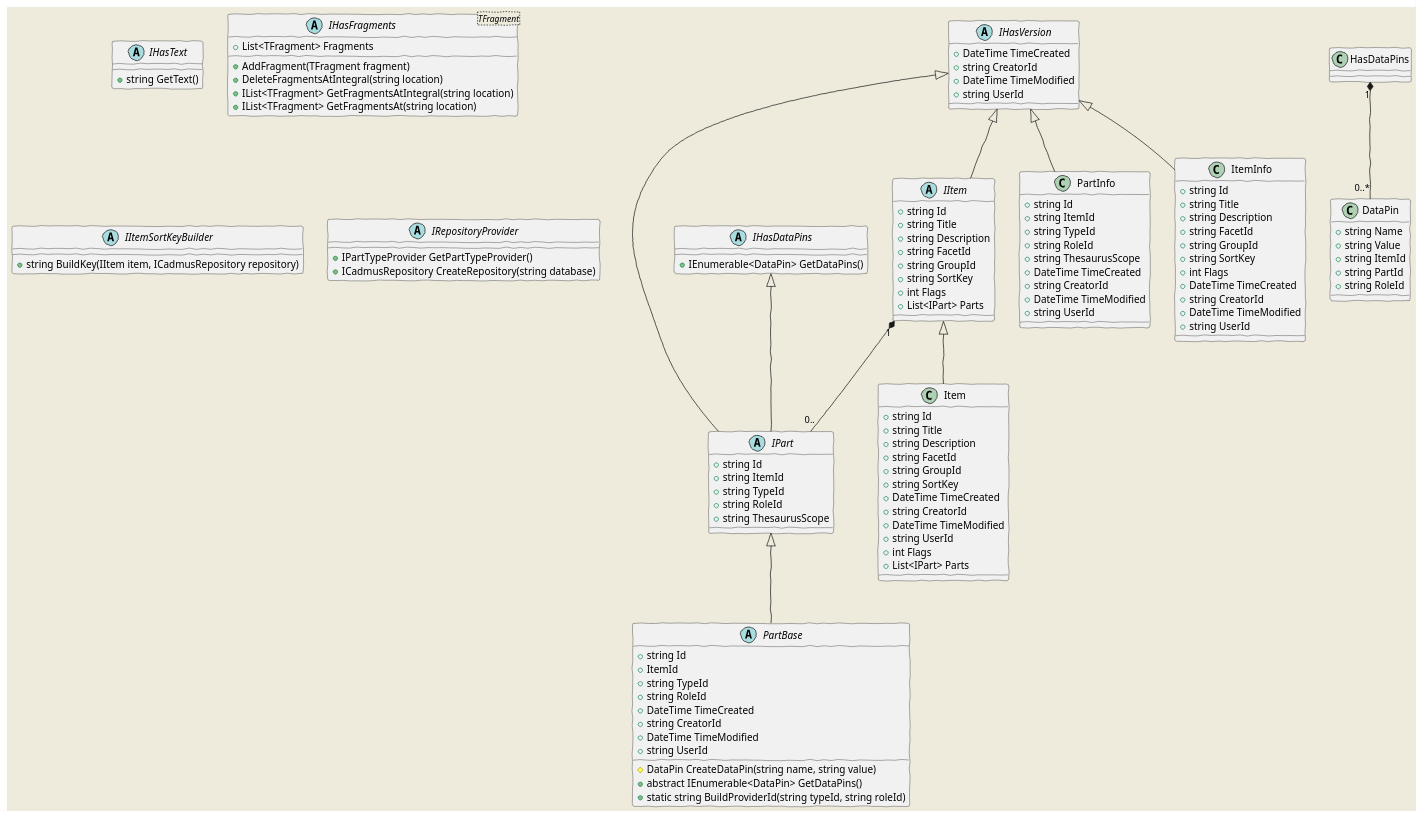
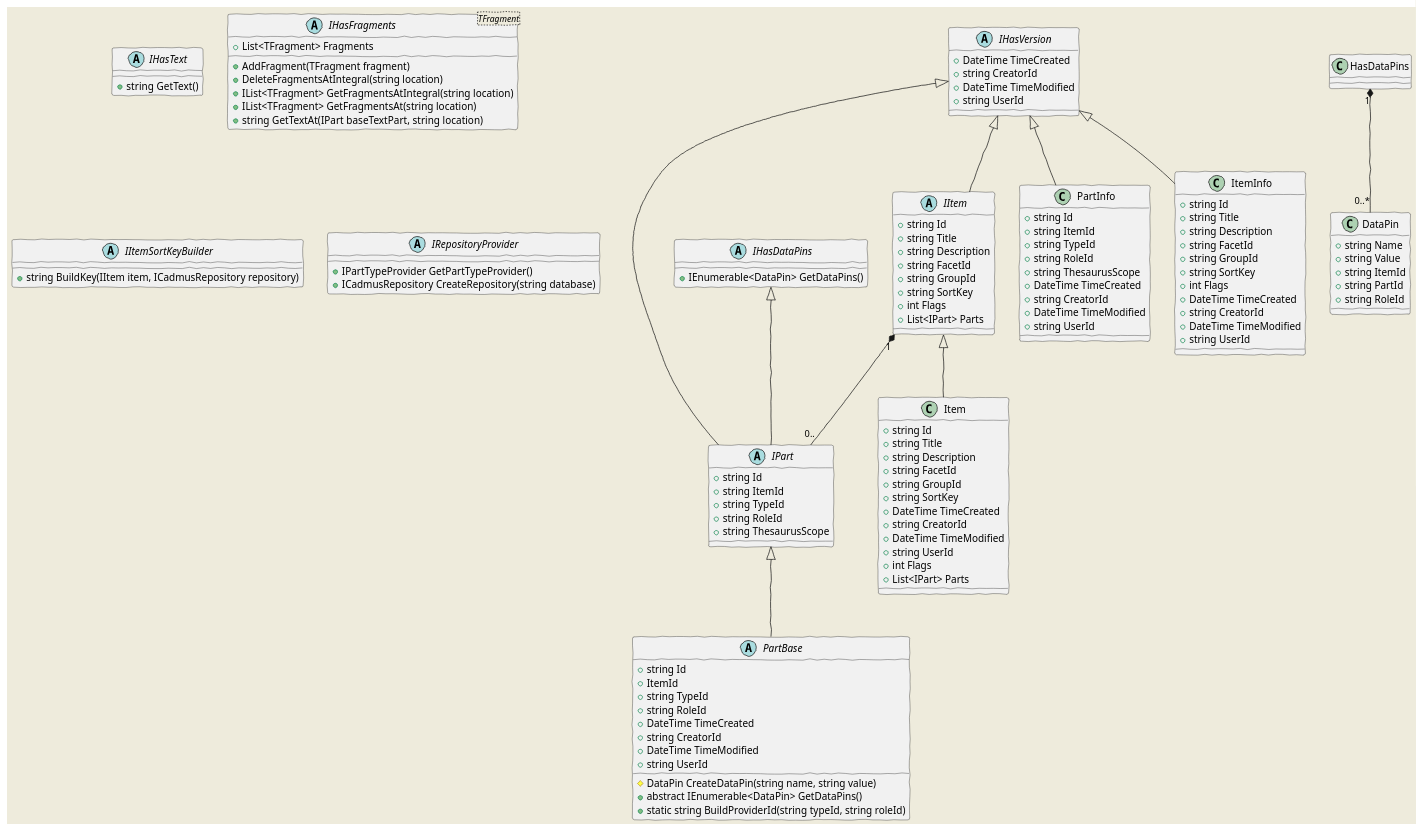
Before and after one commit to vedph/cadmus_core: the first of 4 diagrams in Doc/core.md, drawn with PlantUML. The commit also changed other lines of this file and 10 other files, not shown here.

Commit message:
Added GetTextAt to IHasFragments

```diff
--- a/Doc/core.md
+++ b/Doc/core.md
@@ -41,6 +41,7 @@
     IHasFragmentsT : +DeleteFragmentsAtIntegral(string location)
     IHasFragmentsT : +IList<TFragment> GetFragmentsAtIntegral(string location)
     IHasFragmentsT : +IList<TFragment> GetFragmentsAt(string location)
+    IHasFragmentsT : +string GetTextAt(IPart baseTextPart, string location)
 
     abstract class IPart
     IHasVersion <|-- IPart
```
